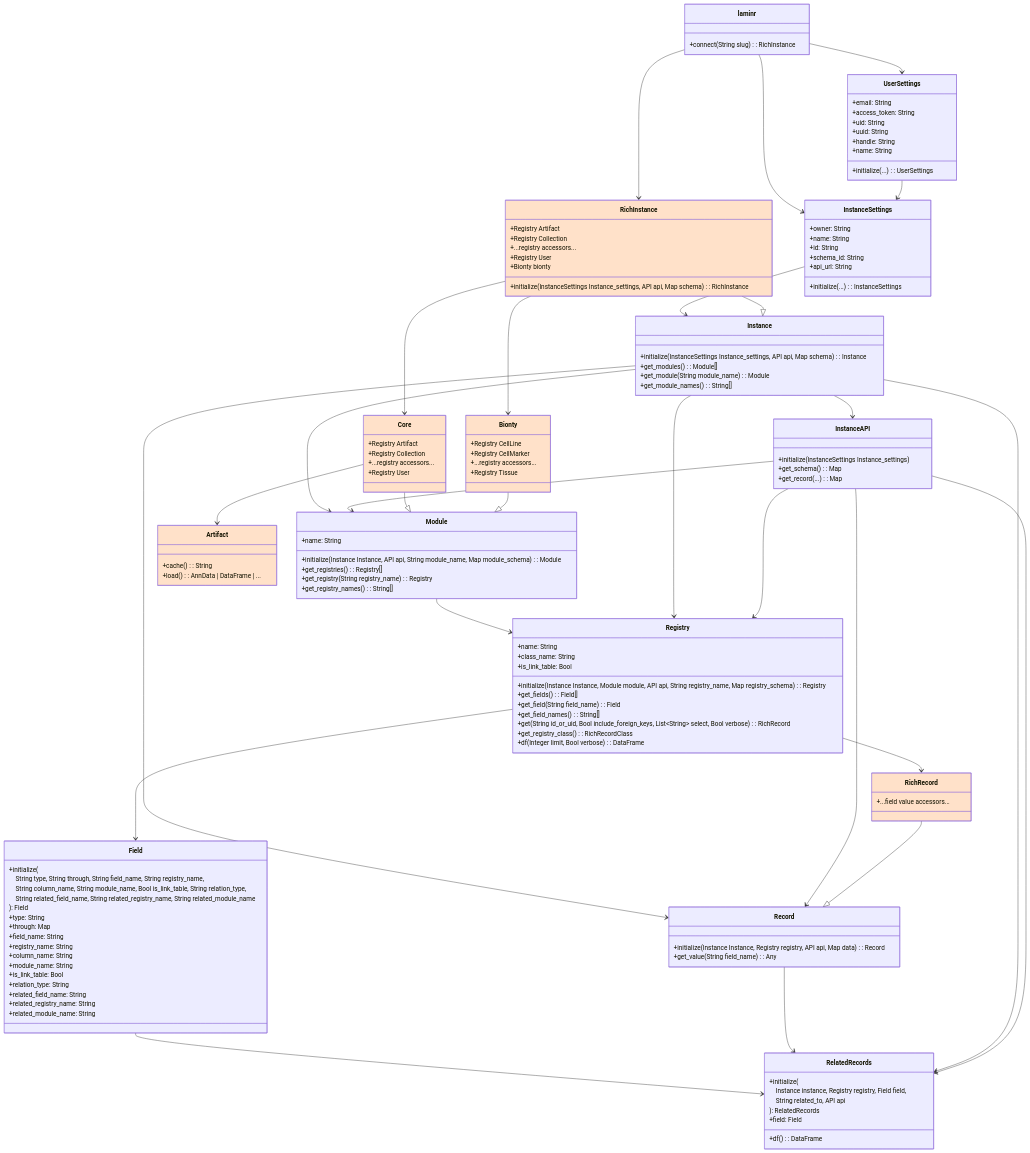
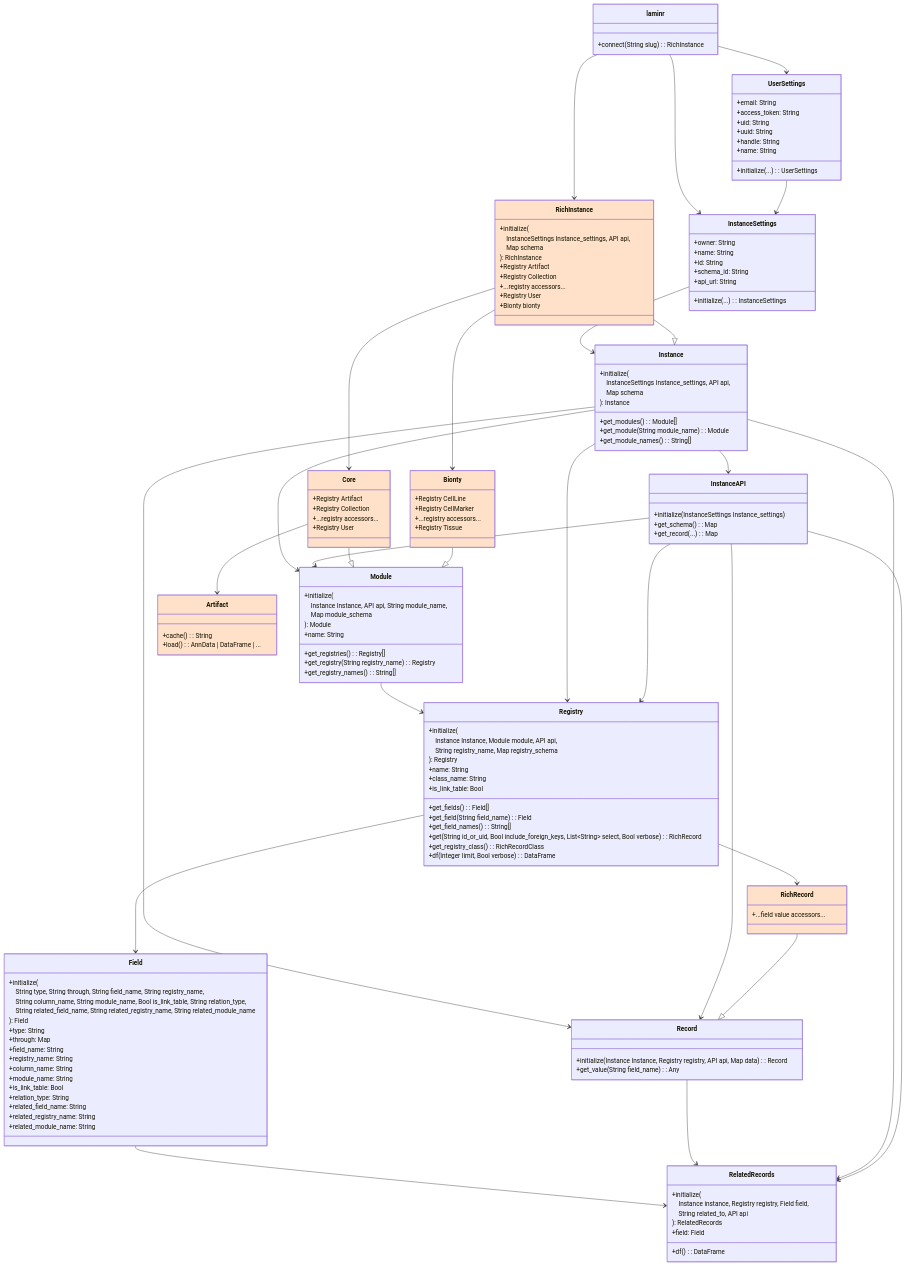
One commit to laminlabs/laminr changed the second of 2 diagrams in vignettes/architecture.qmd. Above: the diagram before and after it, drawn with Mermaid. The commit also changed other lines of this file, not shown here.

Commit message:
style vignette

```diff
--- a/vignettes/architecture.qmd
+++ b/vignettes/architecture.qmd
@@ -211,7 +220,10 @@
         +api_url: String
     }
     class Instance{
-        +initialize(InstanceSettings Instance_settings, API api, Map<String, any> schema): Instance
+        +initialize(
+          #emsp;InstanceSettings Instance_settings, API api,
+          #emsp;Map<String, any> schema
+        ): Instance
         +get_modules(): Module[]
         +get_module(String module_name): Module
         +get_module_names(): String[]
@@ -222,14 +234,20 @@
         +get_record(...): Map<String, Any>
     }
     class Module{
-        +initialize(Instance Instance, API api, String module_name, Map<String, any> module_schema): Module
+        +initialize(
+          #emsp;Instance Instance, API api, String module_name,
+          #emsp;Map<String, any> module_schema
+        ): Module
         +name: String
         +get_registries(): Registry[]
         +get_registry(String registry_name): Registry
         +get_registry_names(): String[]
     }
     class Registry{
-        +initialize(Instance Instance, Module module, API api, String registry_name, Map<String, Any> registry_schema): Registry
+        +initialize(
+          #emsp;Instance Instance, Module module, API api,
+          #emsp;String registry_name, Map<String, Any> registry_schema
+        ): Registry
         +name: String
         +class_name: String
         +is_link_table: Bool
@@ -274,7 +292,10 @@
     
     %% --- New Rich classes ----------------------------------------------------
     class RichInstance{
-        +initialize(InstanceSettings Instance_settings, API api, Map<String, any> schema): RichInstance
+        +initialize(
+          #emsp;InstanceSettings Instance_settings, API api,
+          #emsp;Map<String, any> schema
+        ): RichInstance
         +Registry Artifact
         +Registry Collection
         +...registry accessors...
```
